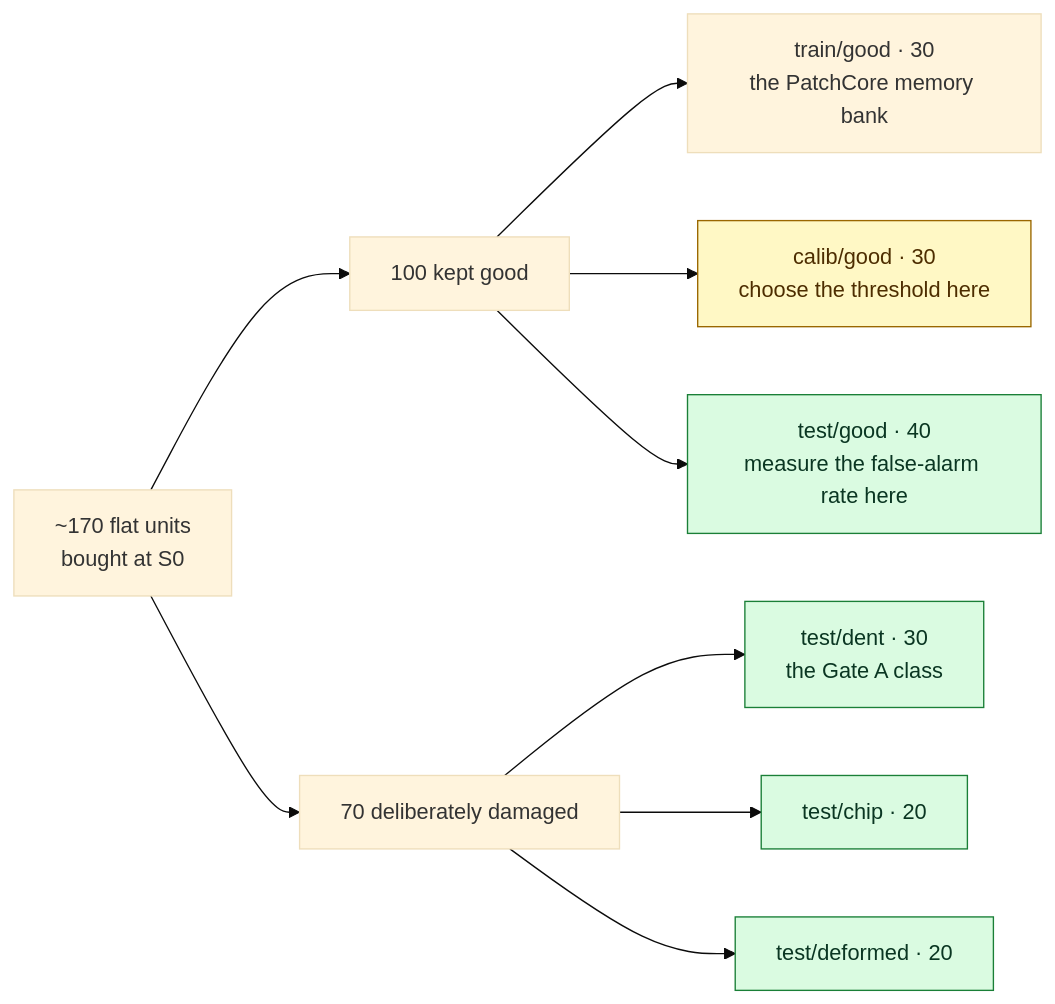
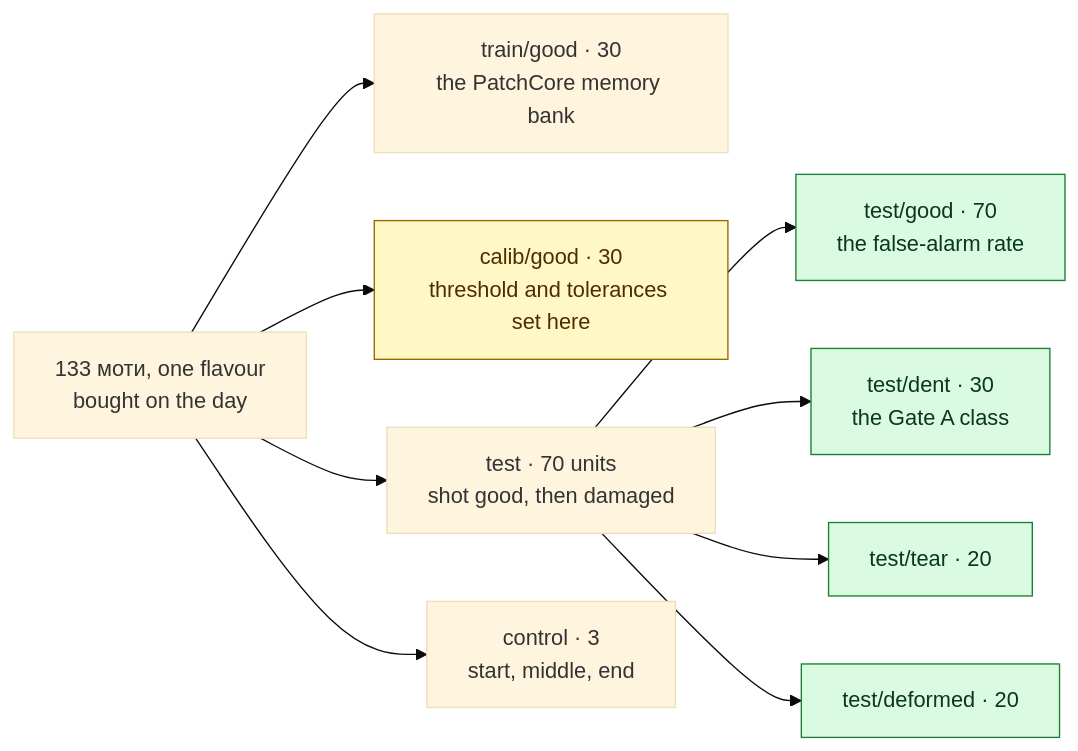
Before and after one commit to Ali-Jabowr/qs: the diagram in docs/14-eval-protocol.md, drawn with Mermaid (base theme). The commit also changed other lines of this file and 5 other files, not shown here.

````diff
--- a/docs/14-eval-protocol.md
+++ b/docs/14-eval-protocol.md
@@ -46,18 +48,17 @@
 ```mermaid
 flowchart LR
-    buy["~170 flat units<br/>bought at S0"] --> good["100 kept good"]
-    buy --> dmg["70 deliberately damaged"]
+    buy["133 моти, one flavour<br/>bought on the day"] --> tr["train/good · 30<br/>the PatchCore memory bank"]
+    buy --> cal["calib/good · 30<br/>threshold and tolerances set here"]
+    buy --> tst["test · 70 units<br/>shot good, then damaged"]
+    buy --> ctl["control · 3<br/>start, middle, end"]
 
-    good --> tr["train/good · 30<br/>the PatchCore memory bank"]
-    good --> cal["calib/good · 30<br/>choose the threshold here"]
-    good --> val["test/good · 40<br/>measure the false-alarm rate here"]
-
-    dmg --> dent["test/dent · 30<br/>the Gate A class"]
-    dmg --> chip["test/chip · 20"]
-    dmg --> def2["test/deformed · 20"]
+    tst --> val["test/good · 70<br/>the false-alarm rate"]
+    tst --> dent["test/dent · 30<br/>the Gate A class"]
+    tst --> tear["test/tear · 20"]
+    tst --> def2["test/deformed · 20"]
 
     classDef pick fill:#fff8c5,stroke:#9a6700,color:#4d2d00
     classDef meas fill:#dafbe1,stroke:#1a7f37,color:#0a3622
     class cal pick
-    class val,dent,chip,def2 meas
+    class val,dent,tear,def2 meas
 ```
````
